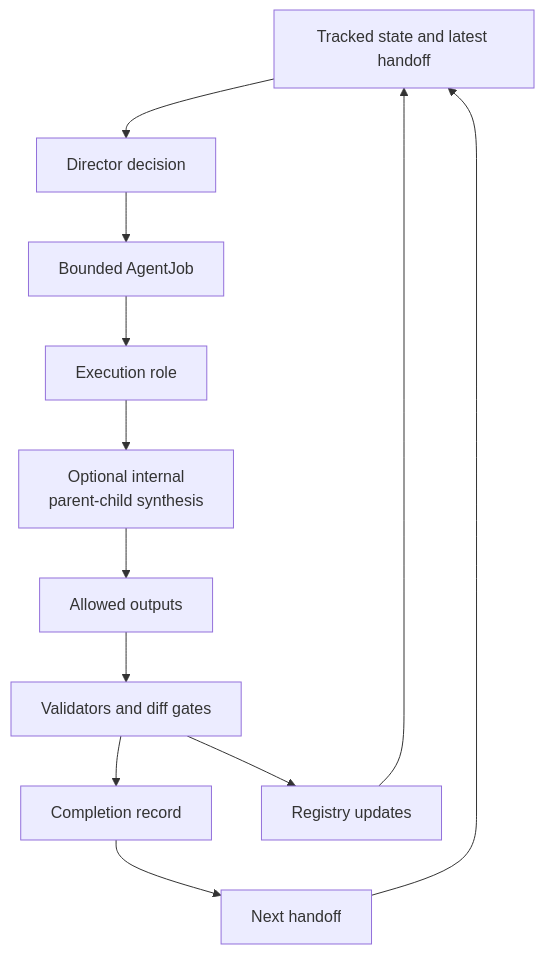
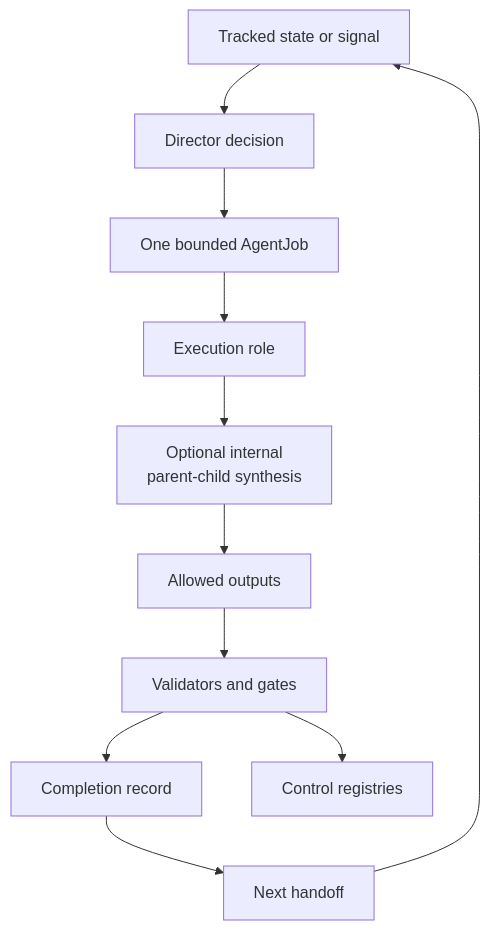
Before and after one commit to AngryOwlAI/The-AEther-Flow: the first of 2 diagrams in github-facing/research-agent-workflow-explainer.md, drawn with Mermaid. The commit also changed 49 other files, not shown here.

````diff
--- a/github-facing/research-agent-workflow-explainer.md
+++ b/github-facing/research-agent-workflow-explainer.md
@@ -40,14 +40,13 @@
 ```mermaid
 flowchart TD
-  State["Tracked state and latest handoff"] --> Director["Director decision"]
-  Director --> Job["Bounded AgentJob"]
+  State["Tracked state or signal"] --> Director["Director decision"]
+  Director --> Job["One bounded AgentJob"]
   Job --> Role["Execution role"]
   Role --> Decomposition["Optional internal<br/>parent-child synthesis"]
   Decomposition --> Outputs["Allowed outputs"]
-  Outputs --> Validators["Validators and diff gates"]
+  Outputs --> Validators["Validators and gates"]
   Validators --> Completion["Completion record"]
   Completion --> Handoff["Next handoff"]
   Handoff --> State
-  Validators --> Registry["Registry updates"]
-  Registry --> State
+  Validators --> Registry["Control registries"]
 ```
````
